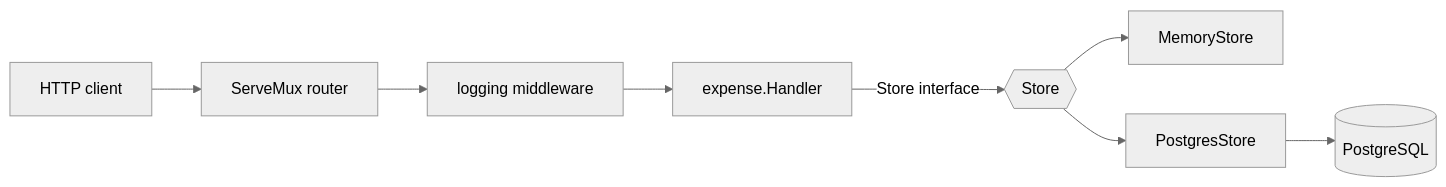
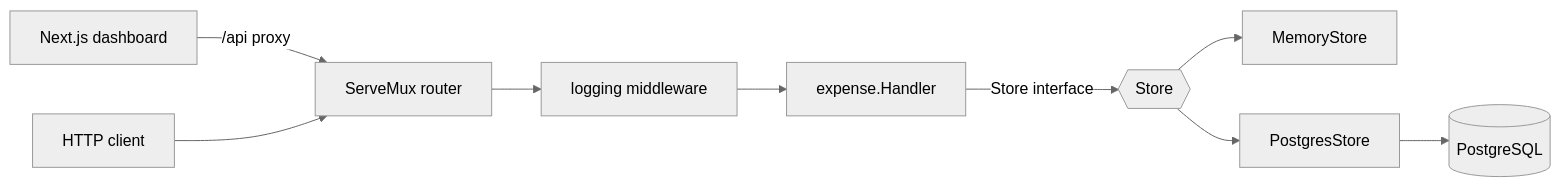
The diagram in README.md (andreachico/go-expense-tracker), drawn with Mermaid (neutral theme) before and after one commit. The commit also changed other lines of this file, not shown here.

````diff
--- a/README.md
+++ b/README.md
@@ -16,10 +21,11 @@
 ```mermaid
 flowchart LR
+    browser[Next.js dashboard] -->|/api proxy| mux
     client[HTTP client] --> mux[ServeMux router]
     mux --> mw[logging middleware]
     mw --> handler[expense.Handler]
     handler -->|Store interface| iface{{Store}}
     iface --> mem[MemoryStore]
     iface --> pg[PostgresStore]
     pg --> db[(PostgreSQL)]
 ```
````
